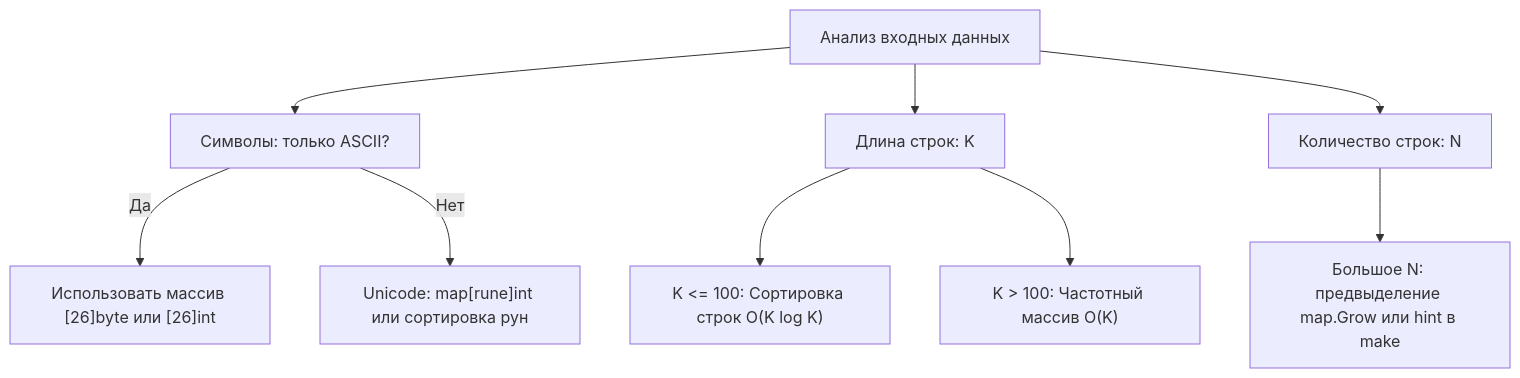
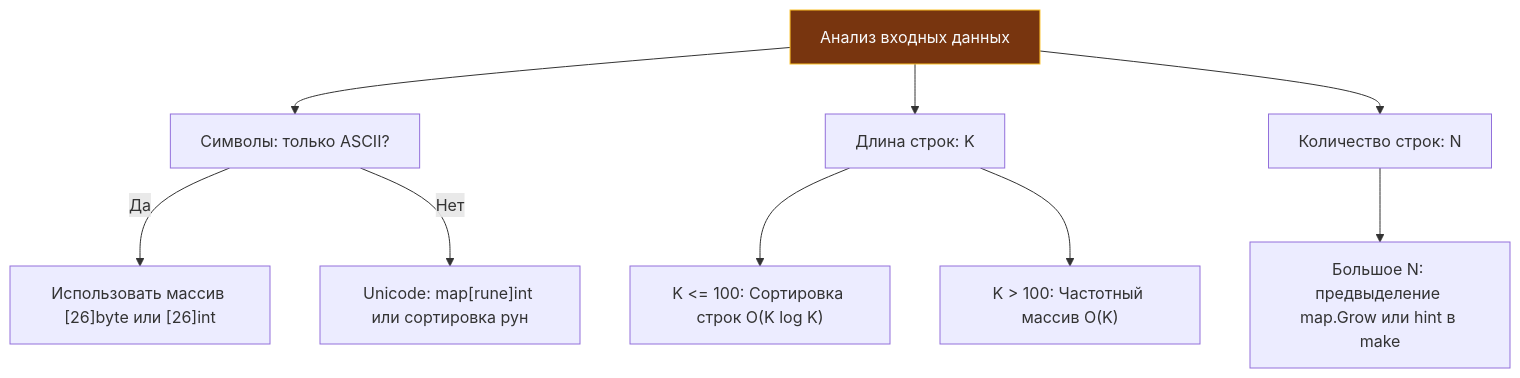
Before and after one commit to UnrealTemplier/go-textbook: the first of 2 diagrams in sources/21. Задачи с LeetCode и собеседований на Go/02. Задачи/25. Строки/5. Group Anagrams.md, drawn with Mermaid. The commit also changed other lines of this file and 1666 other files, not shown here.

First line of the commit message:
feat(mermaid): add semantic color classDef to 1369 colorless flowchart/graph diagrams

````diff
--- a/sources/21. Задачи с LeetCode и собеседований на Go/02. Задачи/25. Строки/5. Group Anagrams.md
+++ b/sources/21. Задачи с LeetCode и собеседований на Go/02. Задачи/25. Строки/5. Group Anagrams.md
@@ -5,11 +5,21 @@
 ```mermaid
 flowchart TD
-    A["Анализ входных данных"] --> B["Символы: только ASCII?"]
+    classDef process  fill:#1e293b,stroke:#38bdf8,stroke-width:1px,color:#f8fafc
+    classDef success  fill:#064e3b,stroke:#34d399,stroke-width:1px,color:#f8fafc
+    classDef error    fill:#7f1d1d,stroke:#f87171,stroke-width:1px,color:#f8fafc
+    classDef warning  fill:#78350f,stroke:#fbbf24,stroke-width:1px,color:#f8fafc
+    classDef entry    fill:#1e3a5f,stroke:#38bdf8,stroke-width:2px,color:#f8fafc
+    classDef aux      fill:#334155,stroke:#64748b,stroke-width:1px,color:#f8fafc
+    classDef system   fill:#312e81,stroke:#a78bfa,stroke-width:1px,color:#f8fafc
+    classDef data     fill:#132d29,stroke:#2dd4bf,stroke-width:1px,color:#f8fafc
+    classDef network  fill:#881337,stroke:#fb7185,stroke-width:1px,color:#f8fafc
+    classDef accent   fill:#1e1b4b,stroke:#818cf8,stroke-width:1px,color:#f8fafc
+    A["Анализ входных данных"]:::warning --> B["Символы: только ASCII?"]
     B -->|Да| C["Использовать массив [26]byte или [26]int"]
     B -->|Нет| D["Unicode: map[rune]int или сортировка рун"]
     A --> E["Длина строк: K"]
     E --> F["K <= 100: Сортировка строк O(K log K)"]
     E --> G["K > 100: Частотный массив O(K)"]
     A --> H["Количество строк: N"]
     H --> I["Большое N: предвыделение map.Grow или hint в make"]
 ```
````
